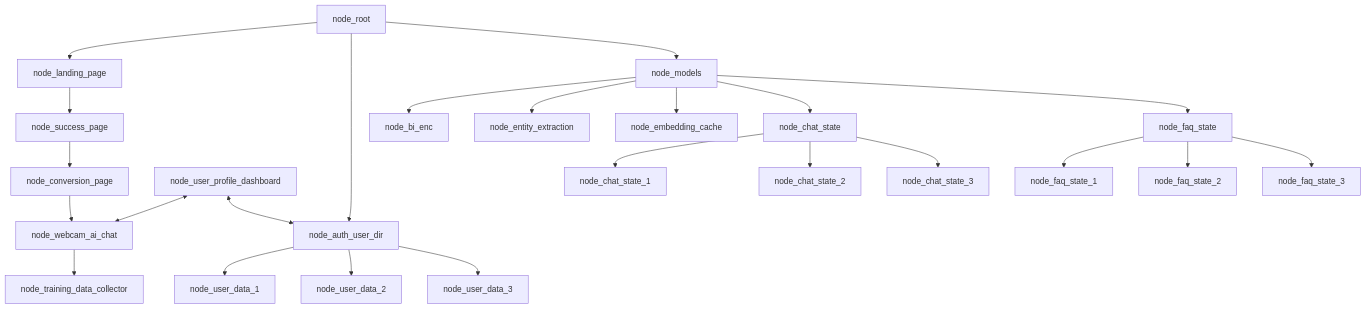
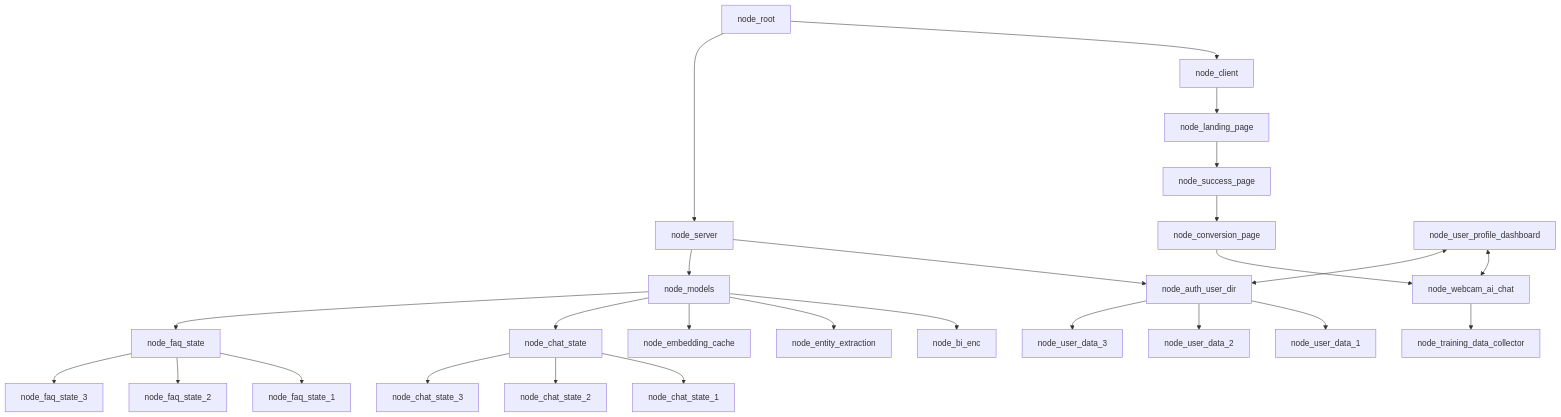
Before and after one commit to WrappedUsername/doggy-decoder-jac: the second of 4 diagrams in README.md, drawn with Mermaid. The commit also changed 6 other files, not shown here.

````diff
--- a/README.md
+++ b/README.md
@@ -68,26 +68,28 @@
 ```mermaid
 graph TD;
-    node_root-->node_landing_page
+    node_root-->node_client
+    node_client-->node_landing_page
+    node_root-->node_server
+    node_server-->node_auth_user_dir
+    node_server-->node_models
     node_landing_page-->node_success_page
     node_success_page-->node_conversion_page
     node_conversion_page-->node_webcam_ai_chat
     node_user_profile_dashboard<-->node_webcam_ai_chat
     node_webcam_ai_chat-->node_training_data_collector
-    node_root-->node_auth_user_dir
-    node_root-->node_models
     node_models-->node_bi_enc
     node_models-->node_entity_extraction
     node_models-->node_embedding_cache
     node_models-->node_chat_state
     node_chat_state-->node_chat_state_1
     node_chat_state-->node_chat_state_2
     node_chat_state-->node_chat_state_3
     node_models-->node_faq_state
     node_faq_state-->node_faq_state_1
     node_faq_state-->node_faq_state_2
     node_faq_state-->node_faq_state_3
     node_auth_user_dir-->node_user_data_1
     node_auth_user_dir-->node_user_data_2
     node_auth_user_dir-->node_user_data_3
     node_user_profile_dashboard<-->node_auth_user_dir
 ```
````
